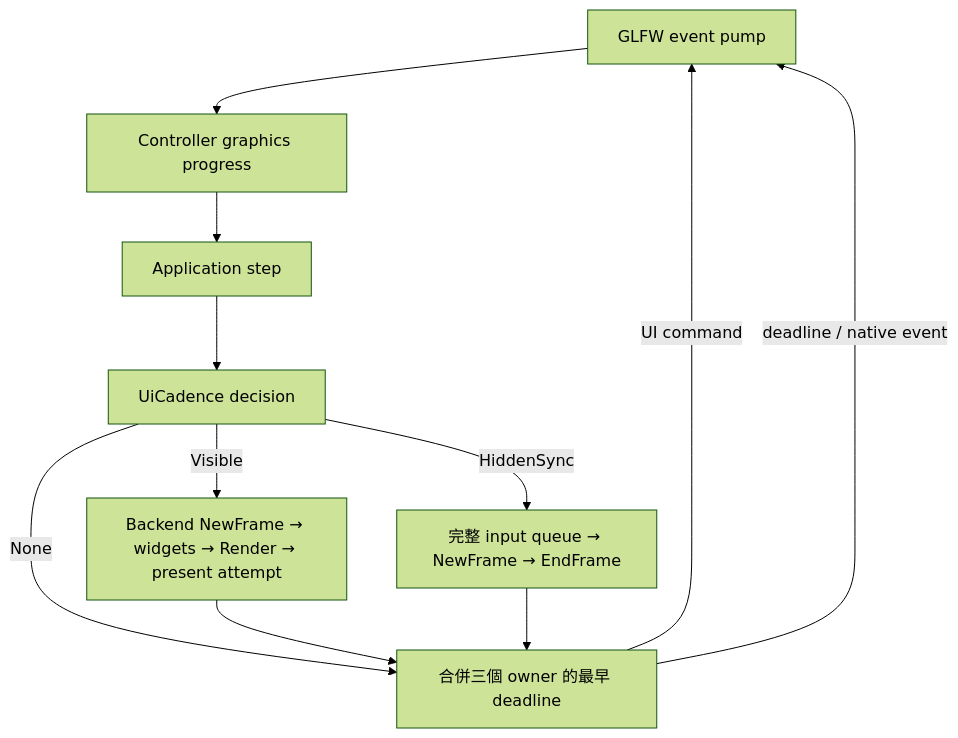
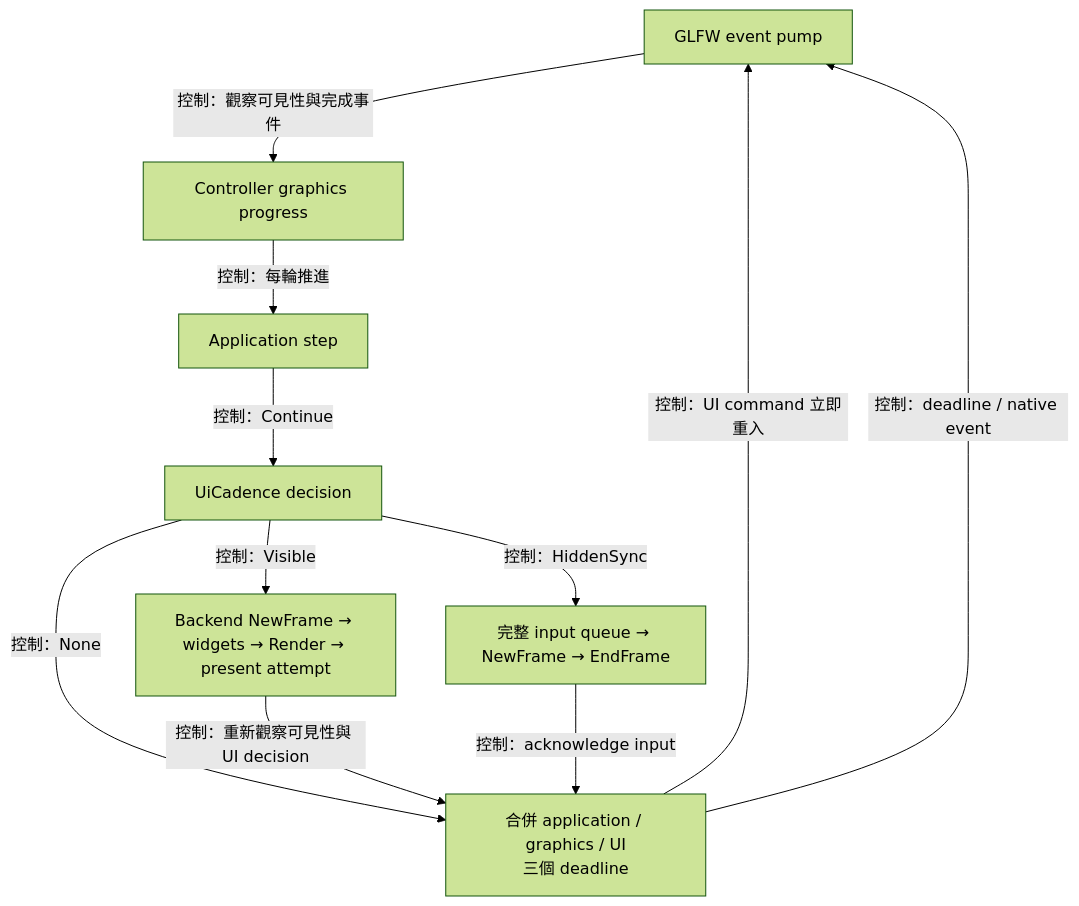
Before and after one commit to Mes0903/avb0795: the second of 3 diagrams in docs/development/vulkan-performance.md, drawn with Mermaid (forest theme). The commit also changed other lines of this file and 156 other files, not shown here.

````diff
--- a/docs/development/vulkan-performance.md
+++ b/docs/development/vulkan-performance.md
@@ -95,13 +93,13 @@
 ```mermaid
 flowchart TD
-    Pump[GLFW event pump] --> Progress[Controller graphics progress]
-    Progress --> App[Application step]
-    App --> Decide[UiCadence decision]
-    Decide -->|Visible| Widgets[Backend NewFrame → widgets → Render → present attempt]
-    Decide -->|HiddenSync| Sync[完整 input queue → NewFrame → EndFrame]
-    Decide -->|None| Wait[合併三個 owner 的最早 deadline]
-    Widgets --> Wait
-    Sync --> Wait
-    Wait -->|UI command| Pump
-    Wait -->|deadline / native event| Pump
+    Pump[GLFW event pump] -->|控制：觀察可見性與完成事件| Progress[Controller graphics progress]
+    Progress -->|控制：每輪推進| App[Application step]
+    App -->|控制：Continue| Decide[UiCadence decision]
+    Decide -->|控制：Visible| Widgets[Backend NewFrame → widgets → Render → present attempt]
+    Decide -->|控制：HiddenSync| Sync[完整 input queue → NewFrame → EndFrame]
+    Decide -->|控制：None| Wait[合併 application / graphics / UI<br/>三個 deadline]
+    Widgets -->|控制：重新觀察可見性與 UI decision| Wait
+    Sync -->|控制：acknowledge input| Wait
+    Wait -->|控制：UI command 立即重入| Pump
+    Wait -->|控制：deadline / native event| Pump
 ```
````
